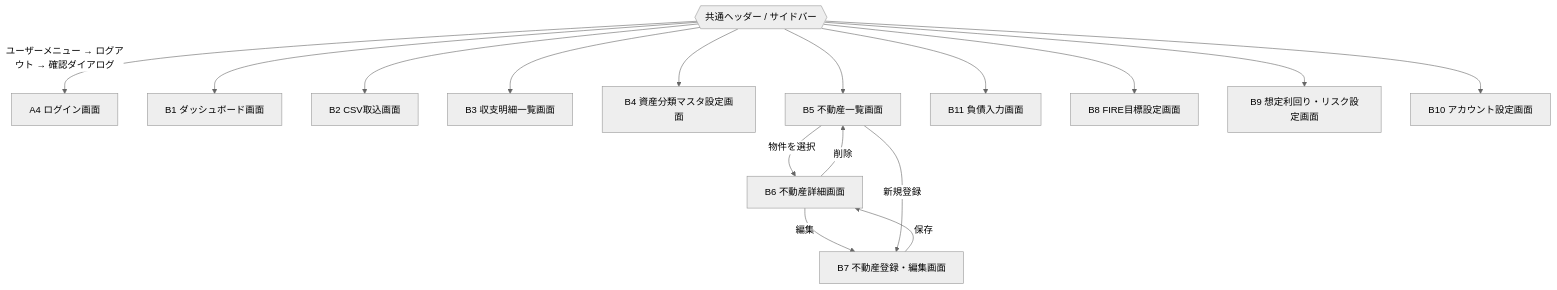
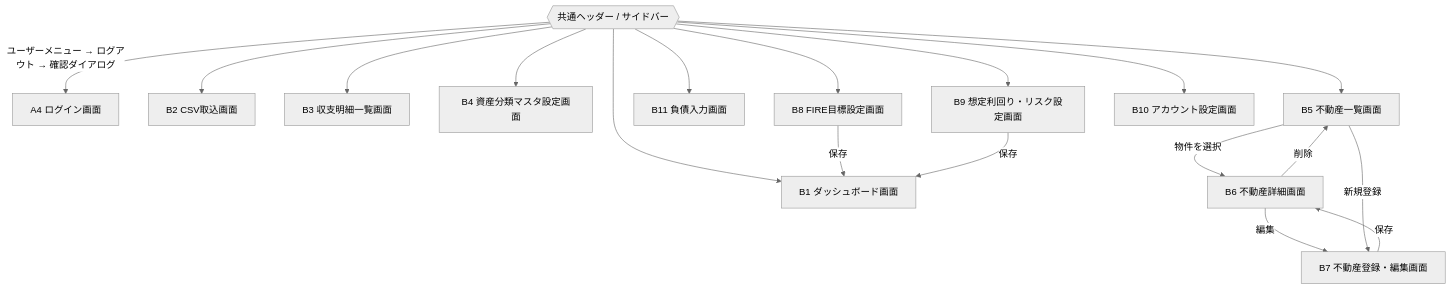
Before and after one commit to KunitoObara/FIRE_FIRE: the third of 3 diagrams in docs/screen-list-and-transitions.md, drawn with Mermaid (neutral theme). The commit also changed other lines of this file and 8 other files, not shown here.

````diff
--- a/docs/screen-list-and-transitions.md
+++ b/docs/screen-list-and-transitions.md
@@ -166,20 +166,23 @@
 ```mermaid
 flowchart TD
     Nav{{共通ヘッダー / サイドバー}}
     Nav -->|ユーザーメニュー → ログアウト → 確認ダイアログ| Login[A4 ログイン画面]
     Nav --> Dashboard[B1 ダッシュボード画面]
     Nav --> CsvImport[B2 CSV取込画面]
     Nav --> Transactions[B3 収支明細一覧画面]
     Nav --> CategoryMaster[B4 資産分類マスタ設定画面]
     Nav --> RealEstateList[B5 不動産一覧画面]
     Nav --> DebtInput[B11 負債入力画面]
     Nav --> FireGoal[B8 FIRE目標設定画面]
     Nav --> AssumptionSettings[B9 想定利回り・リスク設定画面]
     Nav --> AccountSettings[B10 アカウント設定画面]
 
     RealEstateList -->|物件を選択| RealEstateDetail[B6 不動産詳細画面]
     RealEstateDetail -->|編集| RealEstateEdit[B7 不動産登録・編集画面]
     RealEstateList -->|新規登録| RealEstateEdit
     RealEstateEdit -->|保存| RealEstateDetail
     RealEstateDetail -->|削除| RealEstateList
+
+    FireGoal -->|保存| Dashboard
+    AssumptionSettings -->|保存| Dashboard
 ```
````
